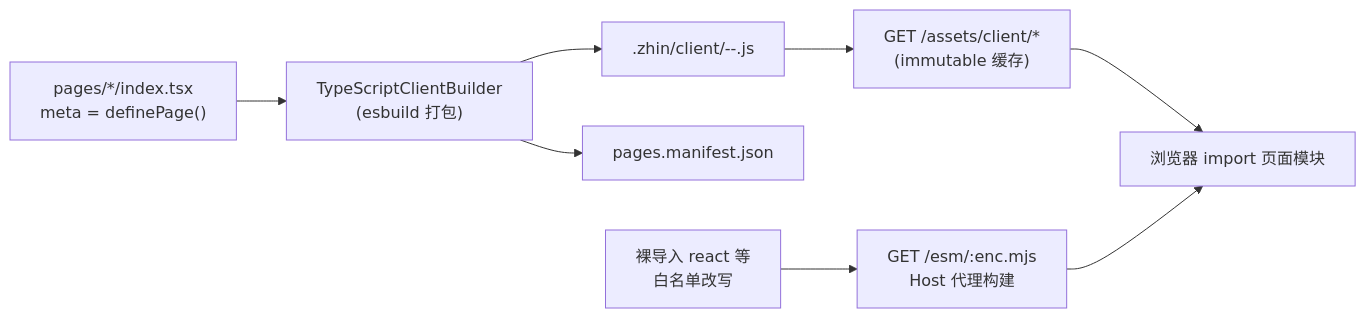
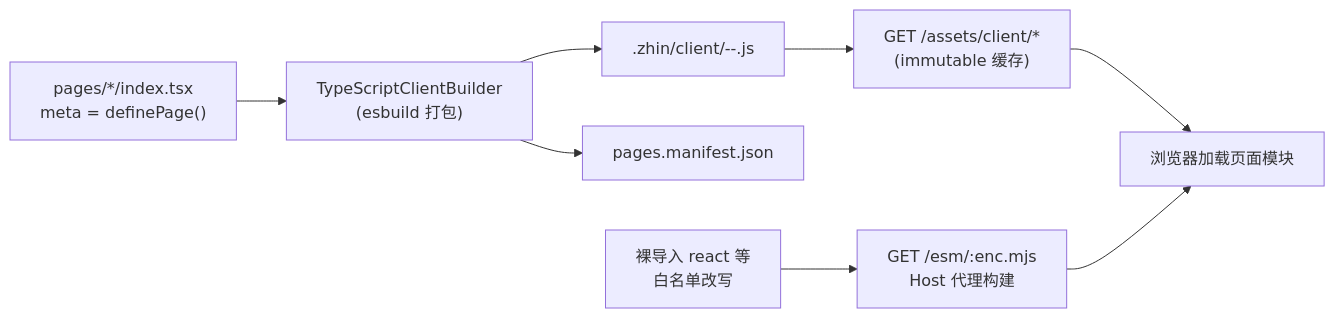
One commit to zhinjs/zhin changed the diagram in docs/authoring/console-pages.md. Above: the diagram before and after it, drawn with Mermaid. The commit also changed other lines of this file and 9 other files, not shown here.

````diff
--- a/docs/authoring/console-pages.md
+++ b/docs/authoring/console-pages.md
@@ -61,10 +109,10 @@
 ```mermaid
 flowchart LR
     A["pages/*/index.tsx<br/>meta = definePage()"] --> B["TypeScriptClientBuilder<br/>(esbuild 打包)"]
     B --> C[".zhin/client/<owner>-<name>-<hash>.js"]
     B --> D["pages.manifest.json"]
     C --> E["GET /assets/client/*<br/>(immutable 缓存)"]
     F["裸导入 react 等<br/>白名单改写"] --> G["GET /esm/:enc.mjs<br/>Host 代理构建"]
-    E --> H[浏览器 import 页面模块]
+    E --> H[浏览器加载页面模块]
     G --> H
 ```
````
